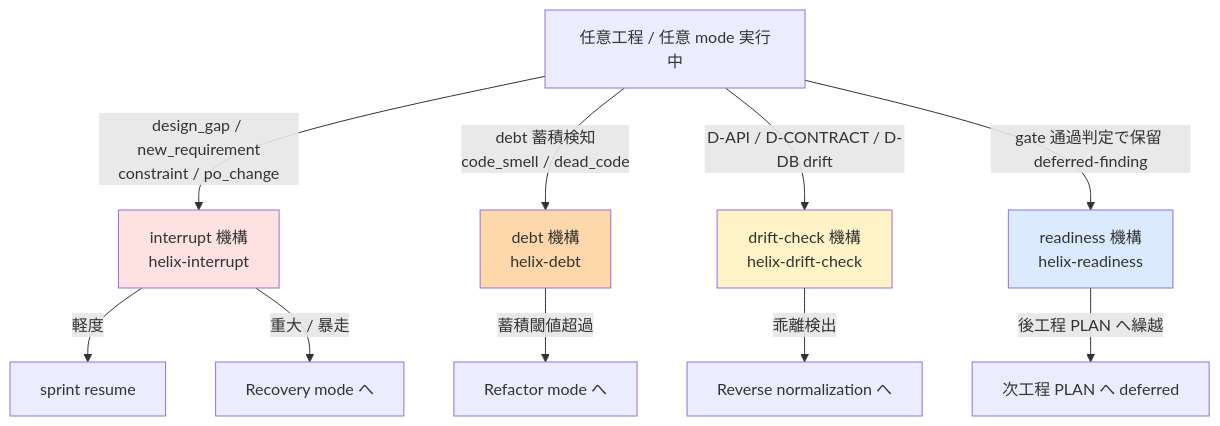
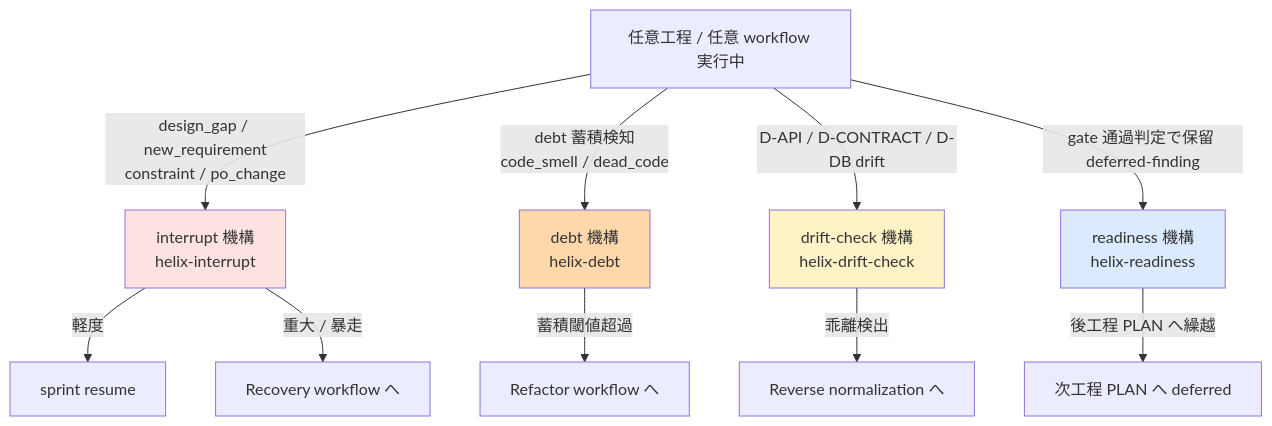
The third of 7 diagrams in docs/v2/L0-helix-workflows/concept.md (RetryYN/ai-dev-kit-vscode), drawn with Mermaid before and after one commit. The commit also changed other lines of this file and 16 other files, not shown here.

````diff
--- a/docs/v2/L0-helix-workflows/concept.md
+++ b/docs/v2/L0-helix-workflows/concept.md
@@ -371,18 +371,18 @@
 ```mermaid
 flowchart TB
-  ANYPHASE[任意工程 / 任意 mode 実行中] -->|design_gap / new_requirement<br/>constraint / po_change| INTERRUPT[interrupt 機構<br/>helix-interrupt]
+  ANYPHASE[任意工程 / 任意 workflow 実行中] -->|design_gap / new_requirement<br/>constraint / po_change| INTERRUPT[interrupt 機構<br/>helix-interrupt]
   ANYPHASE -->|debt 蓄積検知<br/>code_smell / dead_code| DEBT[debt 機構<br/>helix-debt]
   ANYPHASE -->|D-API / D-CONTRACT / D-DB drift| DRIFT[drift-check 機構<br/>helix-drift-check]
   ANYPHASE -->|gate 通過判定で保留 deferred-finding| READINESS[readiness 機構<br/>helix-readiness]
 
   INTERRUPT -->|軽度| RESUME[sprint resume]
-  INTERRUPT -->|重大 / 暴走| RECOVERYM[Recovery mode へ]
-  DEBT -->|蓄積閾値超過| REFACTORM[Refactor mode へ]
+  INTERRUPT -->|重大 / 暴走| RECOVERYM[Recovery workflow へ]
+  DEBT -->|蓄積閾値超過| REFACTORM[Refactor workflow へ]
   DRIFT -->|乖離検出| REVERSEM[Reverse normalization へ]
   READINESS -->|後工程 PLAN へ繰越| NEXT_PHASE[次工程 PLAN へ deferred]
 
   style INTERRUPT fill:#fee2e2
   style DEBT fill:#fed7aa
   style DRIFT fill:#fef3c7
   style READINESS fill:#dbeafe
 ```
````
